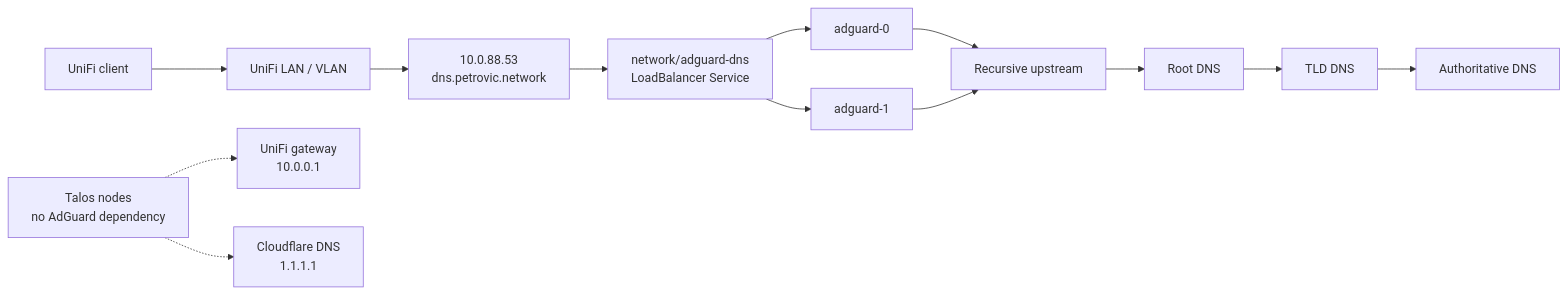
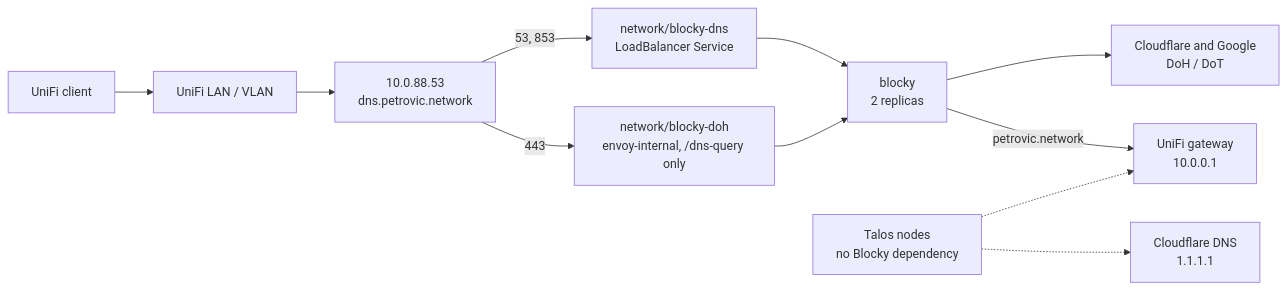
One commit to adampetrovic/home-ops changed the fourth of 4 diagrams in README.md. Above: the diagram before and after it, drawn with Mermaid. The commit also changed other lines of this file and 18 other files, not shown here.

First line of the commit message:
feat(blocky): replace AdGuard Home with Blocky

````diff
--- a/README.md
+++ b/README.md
@@ -261,15 +263,13 @@
 ```mermaid
 flowchart LR
     C["UniFi client"] --> U["UniFi LAN / VLAN"]
     U --> VIP["10.0.88.53\ndns.petrovic.network"]
-    VIP --> S["network/adguard-dns\nLoadBalancer Service"]
-    S --> A0["adguard-0"]
-    S --> A1["adguard-1"]
-    A0 --> R["Recursive upstream"]
-    A1 --> R
-    R --> Root["Root DNS"]
-    Root --> TLD["TLD DNS"]
-    TLD --> Auth["Authoritative DNS"]
-    T["Talos nodes\nno AdGuard dependency"] -.-> GW["UniFi gateway\n10.0.0.1"]
+    VIP -->|"53, 853"| S["network/blocky-dns\nLoadBalancer Service"]
+    VIP -->|"443"| E["network/blocky-doh\nenvoy-internal, /dns-query only"]
+    S --> B["blocky\n2 replicas"]
+    E --> B
+    B --> R["Cloudflare and Google\nDoH / DoT"]
+    B -->|"petrovic.network"| GW
+    T["Talos nodes\nno Blocky dependency"] -.-> GW["UniFi gateway\n10.0.0.1"]
     T -.-> CF["Cloudflare DNS\n1.1.1.1"]
 ```
````
